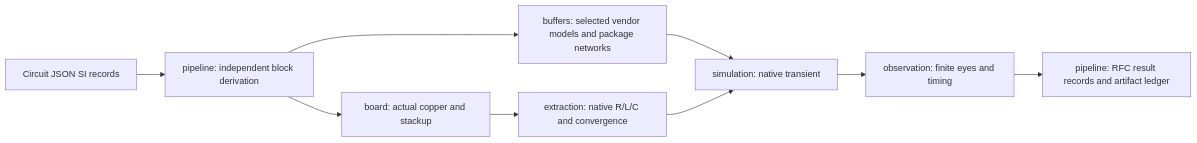
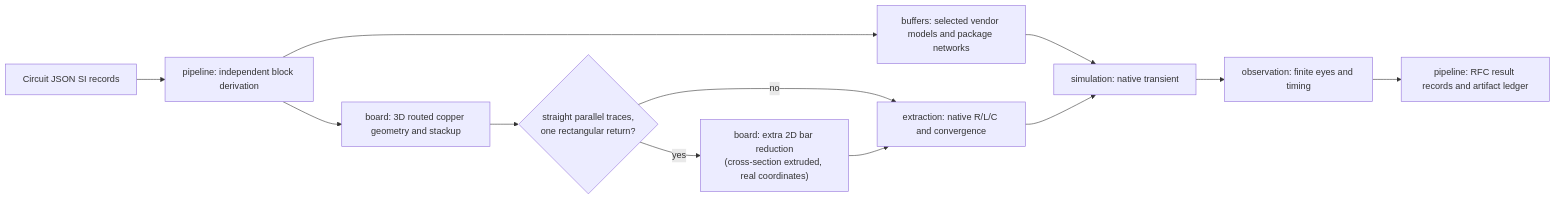
The first of 2 diagrams in docs/ARCHITECTURE.md (tscircuit/pcb-spice-pipeline), drawn with Mermaid before and after one commit. The commit also changed 1 other file, not shown here.

Commit message:
docs: show the 3D geometry step and the 2D bar reduction in the workflow

````diff
--- a/docs/ARCHITECTURE.md
+++ b/docs/ARCHITECTURE.md
@@ -9,11 +9,14 @@
 ```mermaid
 flowchart LR
   source["Circuit JSON SI records"] --> derive["pipeline: independent block derivation"]
-  derive --> board["board: actual copper and stackup"]
+  derive --> board3d["board: 3D routed copper geometry and stackup"]
+  board3d --> check{"straight parallel traces,<br/>one rectangular return?"}
+  check -->|"yes"| bars["board: extra 2D bar reduction<br/>(cross-section extruded, real coordinates)"]
+  check -->|"no"| extract
+  bars --> extract["extraction: native R/L/C and convergence"]
   derive --> buffers["buffers: selected vendor models and package networks"]
-  board --> extract["extraction: native R/L/C and convergence"]
   buffers --> simulate["simulation: native transient"]
   extract --> simulate
   simulate --> observe["observation: finite eyes and timing"]
   observe --> results["pipeline: RFC result records and artifact ledger"]
 ```
````
